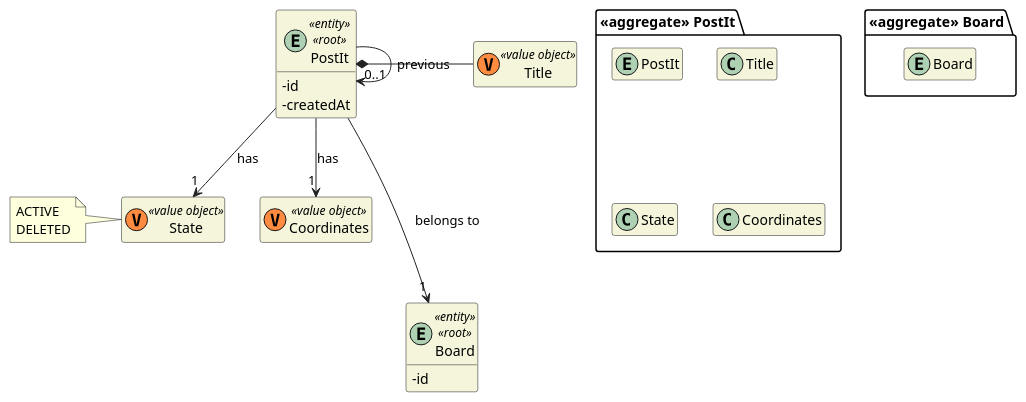
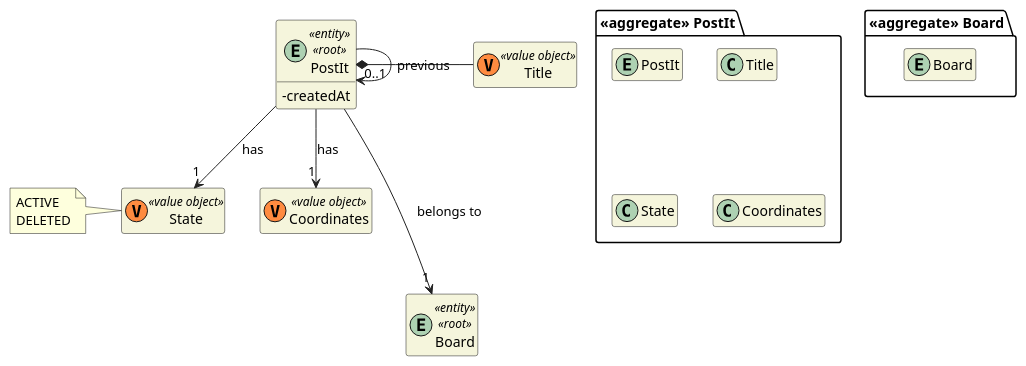
Before and after one commit to miseEnPlace-dev/lapr4: the diagram in docs/dm/DM_PostIt.puml, drawn with PlantUML. The commit also changed 8 other files, not shown here.

```diff
--- a/docs/dm/DM_PostIt.puml
+++ b/docs/dm/DM_PostIt.puml
@@ -1,48 +1,46 @@
 @startuml DM-POST-IT
 'https://plantuml.com/class-diagram
 
 skinparam classAttributeIconSize 0
 hide empty attributes
 hide empty methods
 skinparam classBackgroundColor beige
 skinparam ArrowColor #222222
 
 package "<<aggregate>> PostIt" {
   entity PostIt
 
   class Title
   class State
   class Coordinates
 }
 
 entity PostIt <<entity>> <<root>>{
-  - id
   - createdAt
 }
 
 class Title <<(V,#FF8B40) value object>> {}
 
 class State <<(V,#FF8B40) value object>> {}
 class Coordinates <<(V,#FF8B40) value object>> {}
 
 note left of State
   ACTIVE
   DELETED
 end note
 
 package "<<aggregate>> Board" {
   entity Board
 }
 
 entity Board <<entity>> <<root>>{
-  -id
 }
 
 PostIt *- Title
 PostIt --> "1" State : has
 
 PostIt ---> "1" Board : belongs to
 PostIt --> "0..1" PostIt : previous
 PostIt --> "1" Coordinates : has
 
 @enduml
```
